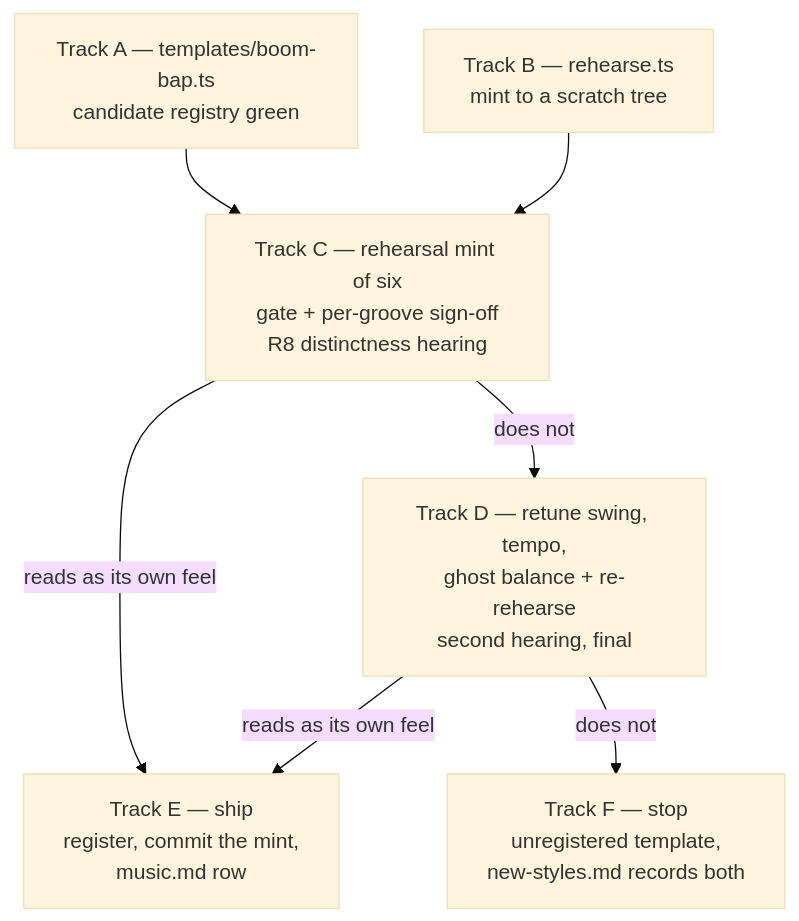
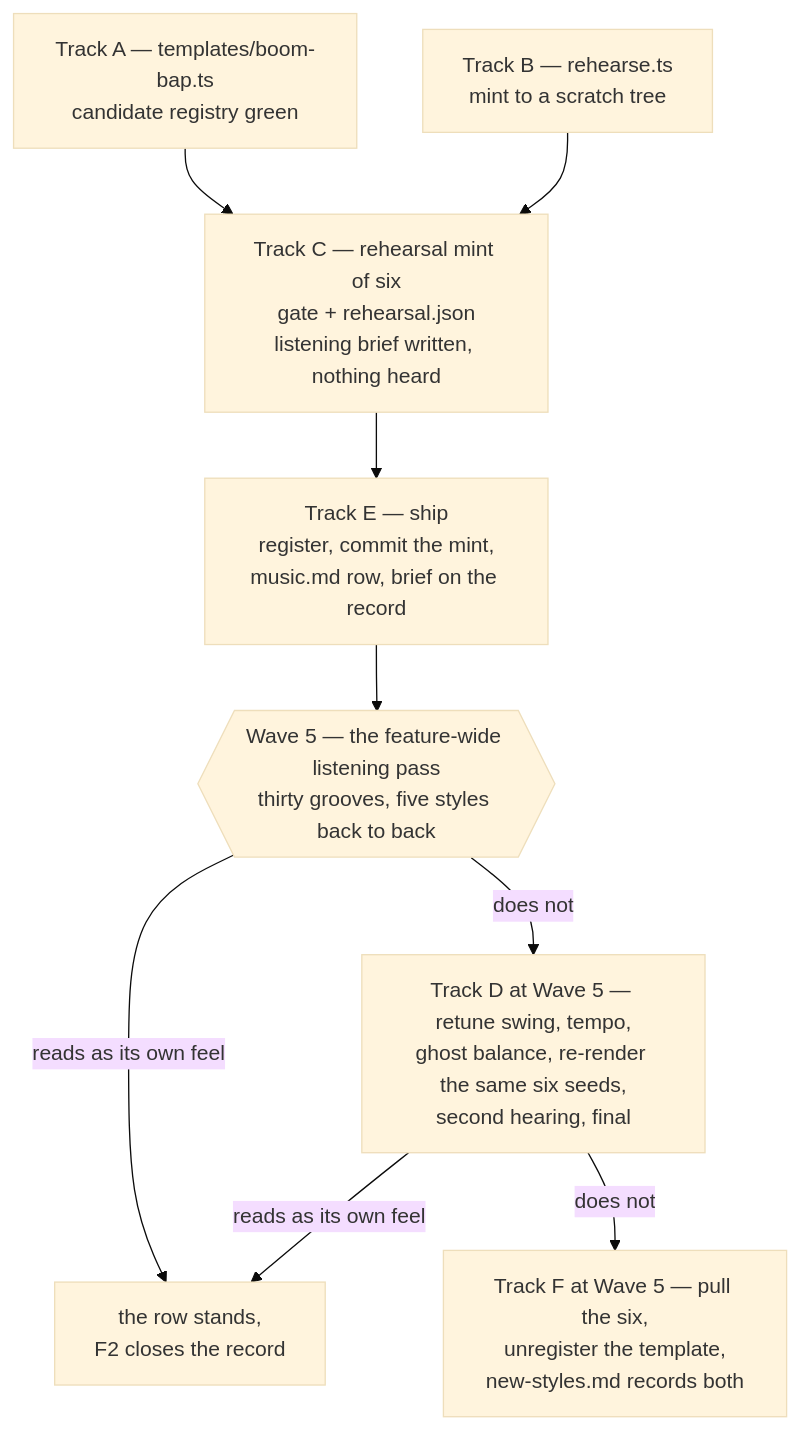
The diagram in specs/features/feature-25/tech-spec/epic-4-boom-bap.md (fleidloff/daily-groove), drawn with Mermaid (base theme) before and after one commit. The commit also changed other lines of this file and 22 other files, not shown here.

````diff
--- a/specs/features/feature-25/tech-spec/epic-4-boom-bap.md
+++ b/specs/features/feature-25/tech-spec/epic-4-boom-bap.md
@@ -32,9 +51,11 @@
 ```mermaid
 flowchart TD
   A[Track A — templates/boom-bap.ts<br/>candidate registry green] --> C
   B[Track B — rehearse.ts<br/>mint to a scratch tree] --> C
-  C[Track C — rehearsal mint of six<br/>gate + per-groove sign-off<br/>R8 distinctness hearing] -->|reads as its own feel| E[Track E — ship<br/>register, commit the mint,<br/>music.md row]
-  C -->|does not| D[Track D — retune swing, tempo,<br/>ghost balance + re-rehearse<br/>second hearing, final]
-  D -->|reads as its own feel| E
-  D -->|does not| F[Track F — stop<br/>unregistered template,<br/>new-styles.md records both]
+  C[Track C — rehearsal mint of six<br/>gate + rehearsal.json<br/>listening brief written, nothing heard] --> E[Track E — ship<br/>register, commit the mint,<br/>music.md row, brief on the record]
+  E --> W{{Wave 5 — the feature-wide listening pass<br/>thirty grooves, five styles back to back}}
+  W -->|reads as its own feel| G[the row stands,<br/>F2 closes the record]
+  W -->|does not| D[Track D at Wave 5 — retune swing, tempo,<br/>ghost balance, re-render the same six seeds,<br/>second hearing, final]
+  D -->|reads as its own feel| G
+  D -->|does not| F[Track F at Wave 5 — pull the six,<br/>unregister the template,<br/>new-styles.md records both]
 ```
````
